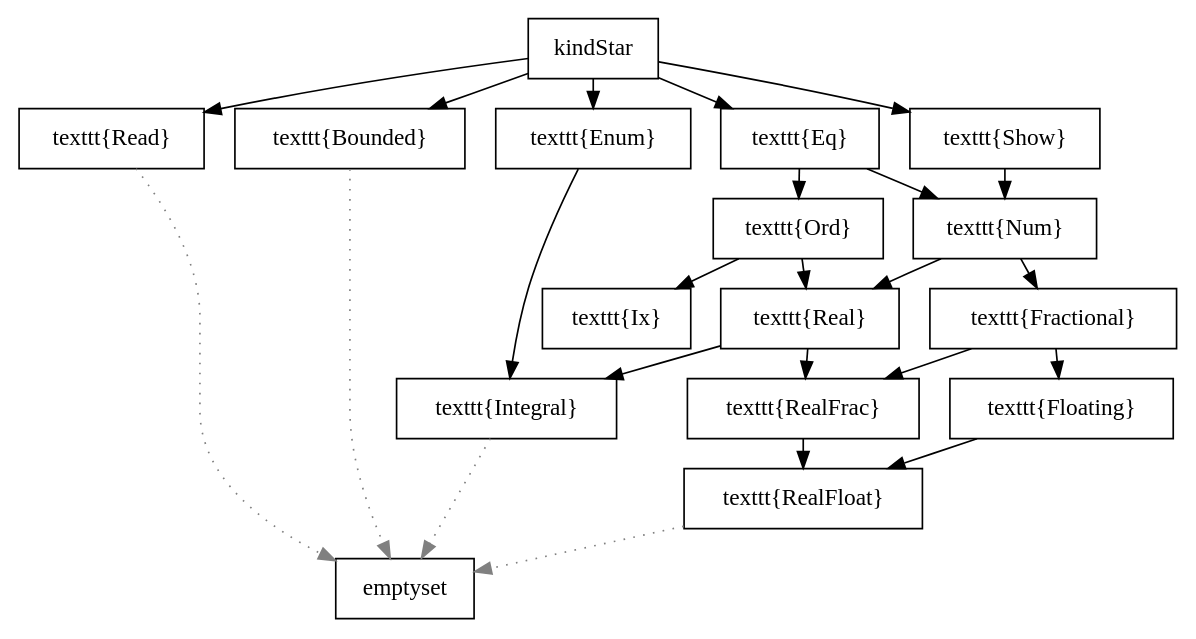
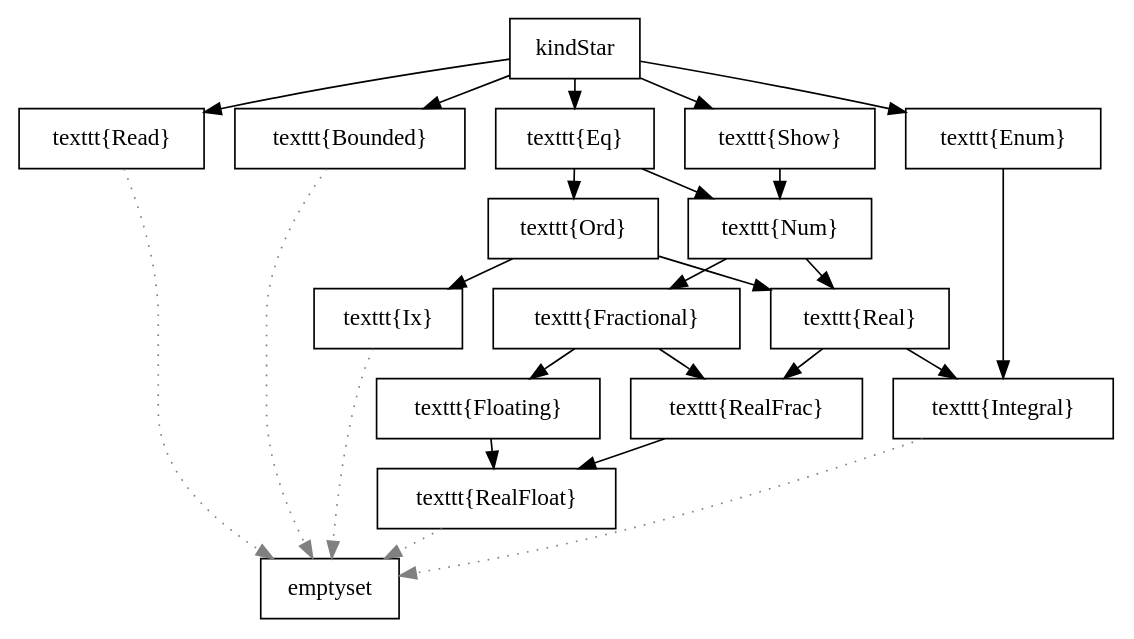
One commit to xkollar/thesis-mgr-2011 changed the diagram in text/diagram/kinds_star1.dot. Above: the diagram before and after it, drawn with Graphviz. The commit also changed 1 other file, not shown here.

```diff
--- a/text/diagram/kinds_star1.dot
+++ b/text/diagram/kinds_star1.dot
@@ -1,29 +1,31 @@
 digraph kinds {
 	graph [ranksep=0.25];
 	node [shape=box];
 
 	"\kindStar" -> "\texttt{Eq}";
 	"\kindStar" -> "\texttt{Enum}";
 	"\kindStar" -> "\texttt{Show}";
 	"\kindStar" -> "\texttt{Read}";
 	"\kindStar" -> "\texttt{Bounded}";
 	{rank=same; "\texttt{Read}"; "\texttt{Bounded}"; "\texttt{Enum}"; "\texttt{Eq}"; "\texttt{Show}"};
 	"\texttt{Eq}" -> "\texttt{Ord}";
 	"\texttt{Eq}" -> "\texttt{Num}";
 	"\texttt{Show}" -> "\texttt{Num}";
 	"\texttt{Num}" -> "\texttt{Real}";
 	"\texttt{Ord}" -> "\texttt{Real}";
 	"\texttt{Num}" -> "\texttt{Fractional}";
 	"\texttt{Fractional}" -> "\texttt{Floating}";
 	"\texttt{Ord}" -> "\texttt{Ix}";
+	{rank=same; "\texttt{Real}"; "\texttt{Fractional}"; "\texttt{Ix}"};
 	"\texttt{Real}" -> "\texttt{Integral}";
 	"\texttt{Enum}" -> "\texttt{Integral}";
 	"\texttt{Real}" -> "\texttt{RealFrac}";
 	"\texttt{Fractional}" -> "\texttt{RealFrac}";
 	"\texttt{RealFrac}" -> "\texttt{RealFloat}";
 	"\texttt{Floating}" -> "\texttt{RealFloat}";
 	"\texttt{Integral}" -> "\emptyset" [style=dotted,color=gray];
+	"\texttt{Ix}" -> "\emptyset" [style=dotted,color=gray];
 	"\texttt{RealFloat}" -> "\emptyset" [style=dotted,color=gray];
 	"\texttt{Read}" -> "\emptyset" [style=dotted,color=gray];
 	"\texttt{Bounded}" -> "\emptyset" [style=dotted,color=gray];
 }
```
